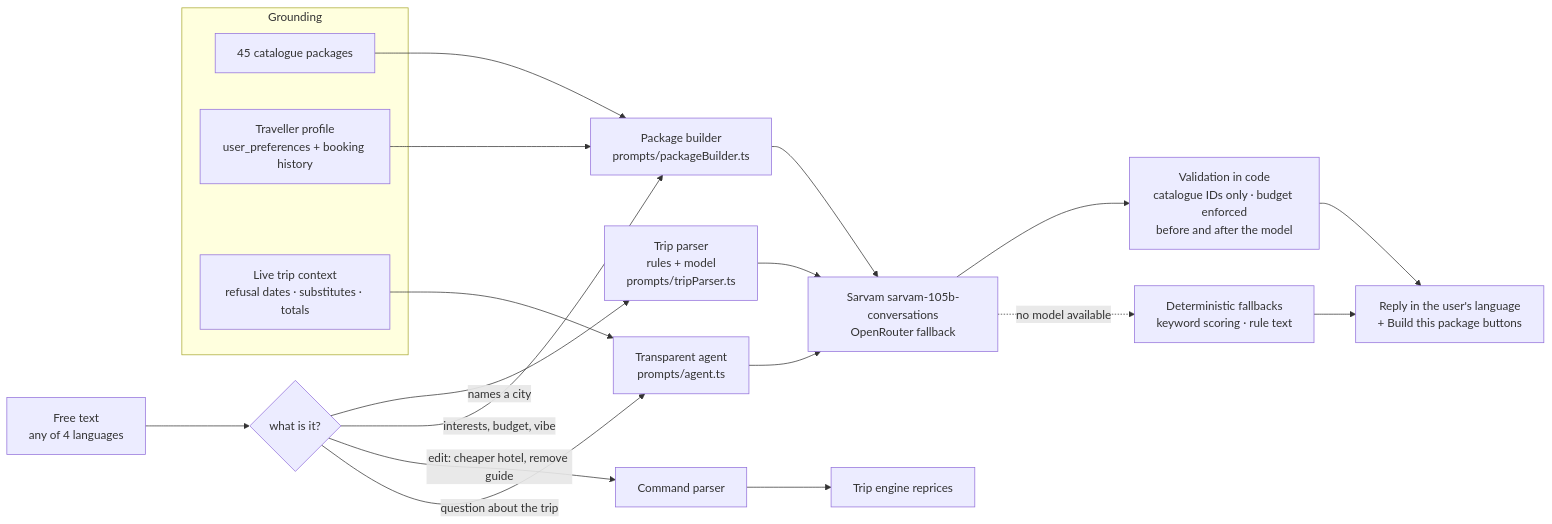
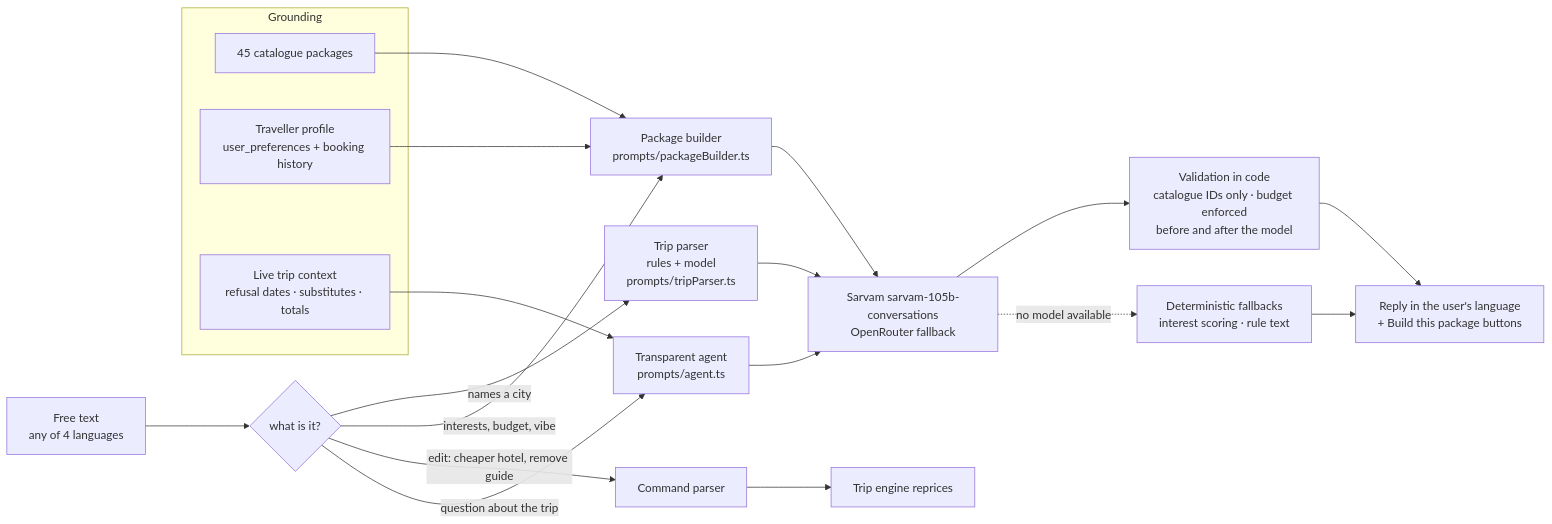
Before and after one commit to siddhartha0132/packagepro-best: the sixth of 9 diagrams in docs/ARCHITECTURE.md, drawn with Mermaid. The commit also changed 8 other files, not shown here.

````diff
--- a/docs/ARCHITECTURE.md
+++ b/docs/ARCHITECTURE.md
@@ -156,22 +156,22 @@
 ```mermaid
 flowchart LR
   TXT["Free text<br/>any of 4 languages"] --> ROUTE{"what is it?"}
   ROUTE -- "names a city" --> PARSE["Trip parser<br/>rules + model<br/>prompts/tripParser.ts"]
   ROUTE -- "interests, budget, vibe" --> BUILD["Package builder<br/>prompts/packageBuilder.ts"]
   ROUTE -- "edit: cheaper hotel, remove guide" --> CMD["Command parser"]
   ROUTE -- "question about the trip" --> AGENT["Transparent agent<br/>prompts/agent.ts"]
   subgraph Grounding
     CAT["45 catalogue packages"]
     PROF["Traveller profile<br/>user_preferences + booking history"]
     LIVE["Live trip context<br/>refusal dates · substitutes · totals"]
   end
   CAT --> BUILD
   PROF --> BUILD
   LIVE --> AGENT
   PARSE & BUILD & AGENT --> LLM["Sarvam sarvam-105b-conversations<br/>OpenRouter fallback"]
   LLM --> VAL["Validation in code<br/>catalogue IDs only · budget enforced<br/>before and after the model"]
   CMD --> ENG["Trip engine reprices"]
   VAL --> OUT["Reply in the user's language<br/>+ Build this package buttons"]
-  LLM -. "no model available" .-> FB["Deterministic fallbacks<br/>keyword scoring · rule text"]
+  LLM -. "no model available" .-> FB["Deterministic fallbacks<br/>interest scoring · rule text"]
   FB --> OUT
 ```
````
